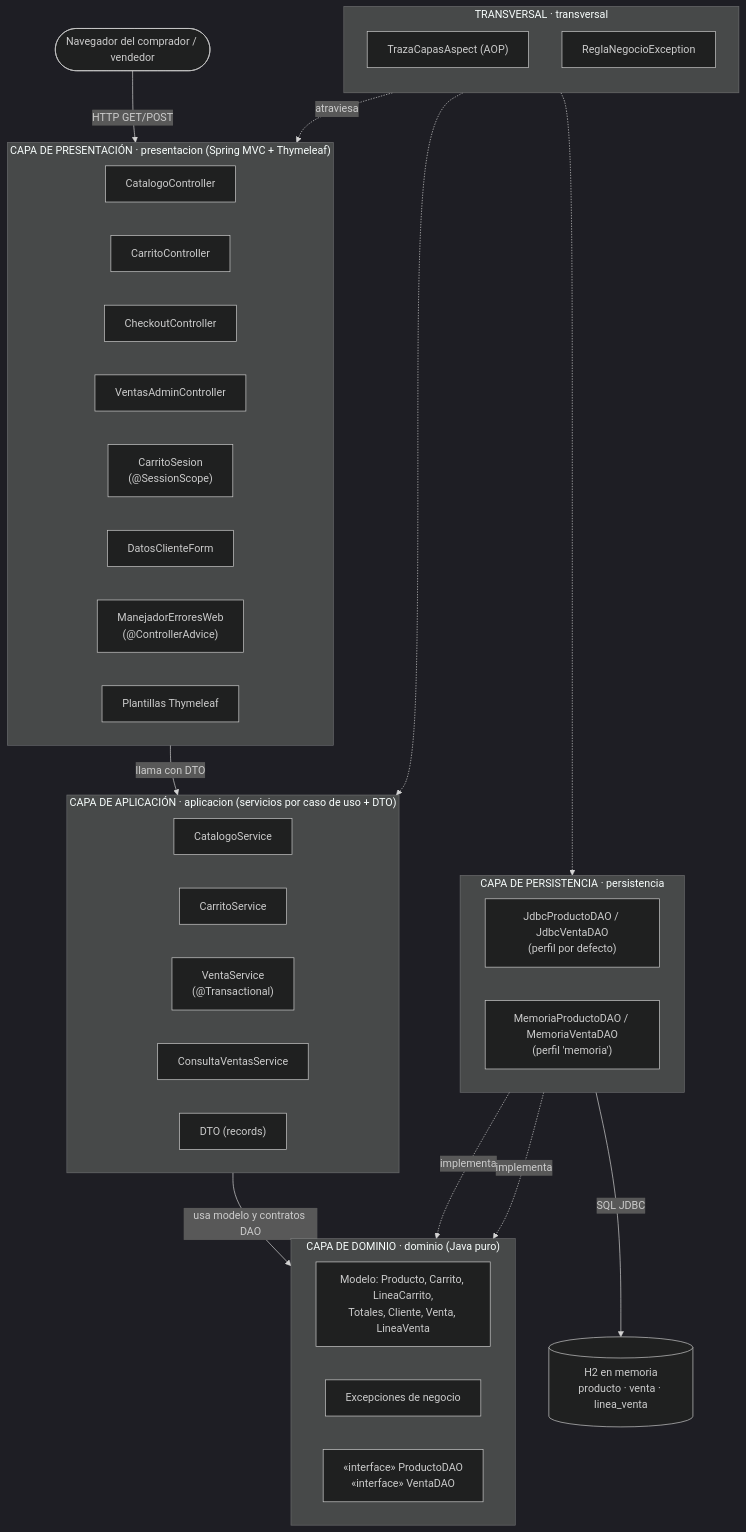
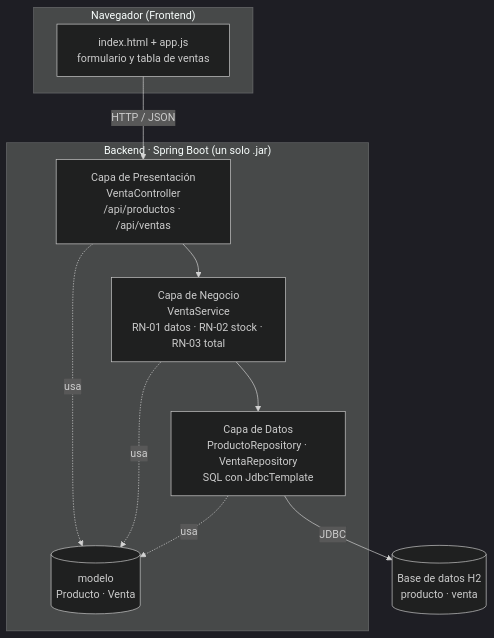
One commit to eduardo18sr/actividad-4puntos-arquitectura-capas changed the first of 2 diagrams in specs/arquitectura/arquitectura.md. Above: the diagram before and after it, drawn with Mermaid (dark theme). The commit also changed other lines of this file and 24 other files, not shown here.

````diff
--- a/specs/arquitectura/arquitectura.md
+++ b/specs/arquitectura/arquitectura.md
@@ -45,56 +17,21 @@
 ```mermaid
 flowchart TB
-    NAV(["Navegador del comprador / vendedor"])
+    subgraph FE["Navegador (Frontend)"]
+        UI["index.html + app.js<br/>formulario y tabla de ventas"]
+    end
+    subgraph BE["Backend · Spring Boot (un solo .jar)"]
+        P["Capa de Presentación<br/>VentaController<br/>/api/productos · /api/ventas"]
+        N["Capa de Negocio<br/>VentaService<br/>RN-01 datos · RN-02 stock · RN-03 total"]
+        D["Capa de Datos<br/>ProductoRepository · VentaRepository<br/>SQL con JdbcTemplate"]
+        M[("modelo<br/>Producto · Venta")]
+    end
+    DB[("Base de datos H2<br/>producto · venta")]
 
-    subgraph PRES["CAPA DE PRESENTACIÓN · presentacion (Spring MVC + Thymeleaf)"]
-        direction LR
-        CC["CatalogoController"]
-        CAC["CarritoController"]
-        CHC["CheckoutController"]
-        VAC["VentasAdminController"]
-        CS["CarritoSesion<br/>(@SessionScope)"]
-        DF["DatosClienteForm"]
-        ME["ManejadorErroresWeb<br/>(@ControllerAdvice)"]
-        TPL["Plantillas Thymeleaf"]
-    end
-
-    subgraph APP["CAPA DE APLICACIÓN · aplicacion (servicios por caso de uso + DTO)"]
-        direction LR
-        CATS["CatalogoService"]
-        CARS["CarritoService"]
-        VS["VentaService<br/>(@Transactional)"]
-        CVS["ConsultaVentasService"]
-        DTO["DTO (records)"]
-    end
-
-    subgraph DOM["CAPA DE DOMINIO · dominio (Java puro)"]
-        direction LR
-        MOD["Modelo: Producto, Carrito, LineaCarrito,<br/>Totales, Cliente, Venta, LineaVenta"]
-        EXC["Excepciones de negocio"]
-        IDAO["«interface» ProductoDAO<br/>«interface» VentaDAO"]
-    end
-
-    subgraph PER["CAPA DE PERSISTENCIA · persistencia"]
-        direction LR
-        JDBC["JdbcProductoDAO / JdbcVentaDAO<br/>(perfil por defecto)"]
-        MEM["MemoriaProductoDAO / MemoriaVentaDAO<br/>(perfil 'memoria')"]
-    end
-
-    DB[("H2 en memoria<br/>producto · venta · linea_venta")]
-
-    subgraph TRV["TRANSVERSAL · transversal"]
-        direction TB
-        ASP["TrazaCapasAspect (AOP)"]
-        RNE["ReglaNegocioException"]
-    end
-
-    NAV -->|HTTP GET/POST| PRES
-    PRES -->|llama con DTO| APP
-    APP -->|usa modelo y contratos DAO| DOM
-    JDBC -.->|implementa| IDAO
-    MEM -.->|implementa| IDAO
-    JDBC -->|SQL JDBC| DB
-    TRV -.->|atraviesa| PRES
-    TRV -.-> APP
-    TRV -.-> PER
+    UI -- "HTTP / JSON" --> P
+    P --> N
+    N --> D
+    D -- "JDBC" --> DB
+    P -.usa.-> M
+    N -.usa.-> M
+    D -.usa.-> M
 ```
````
